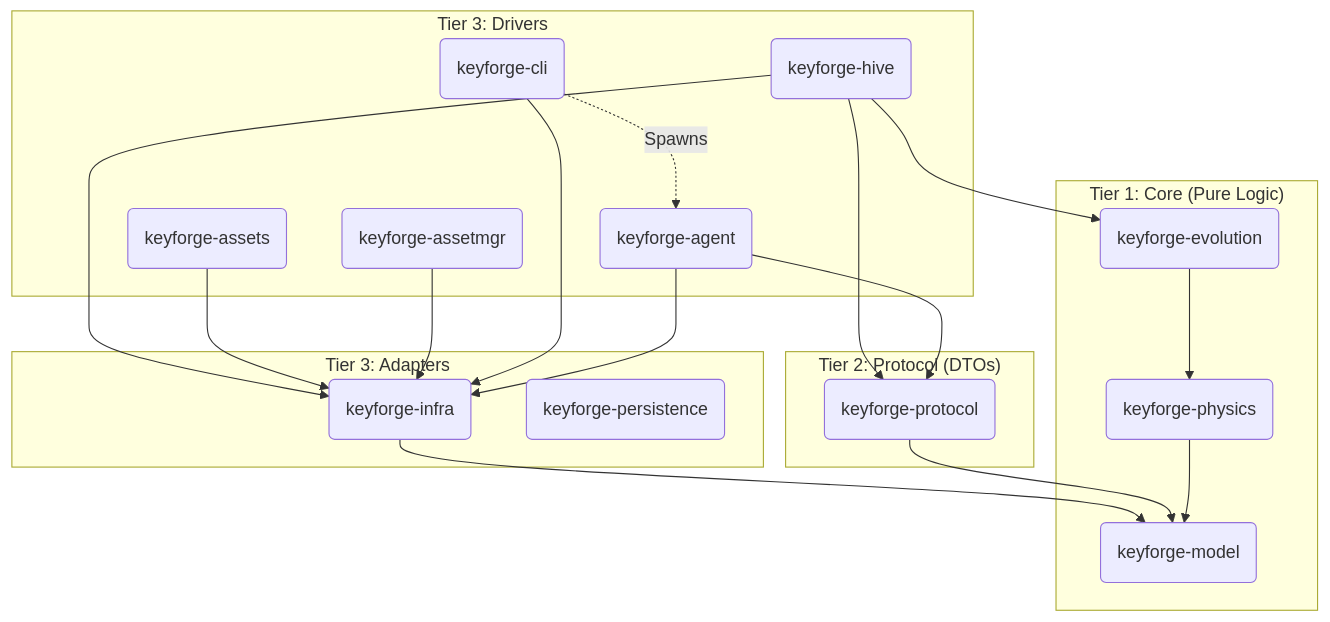
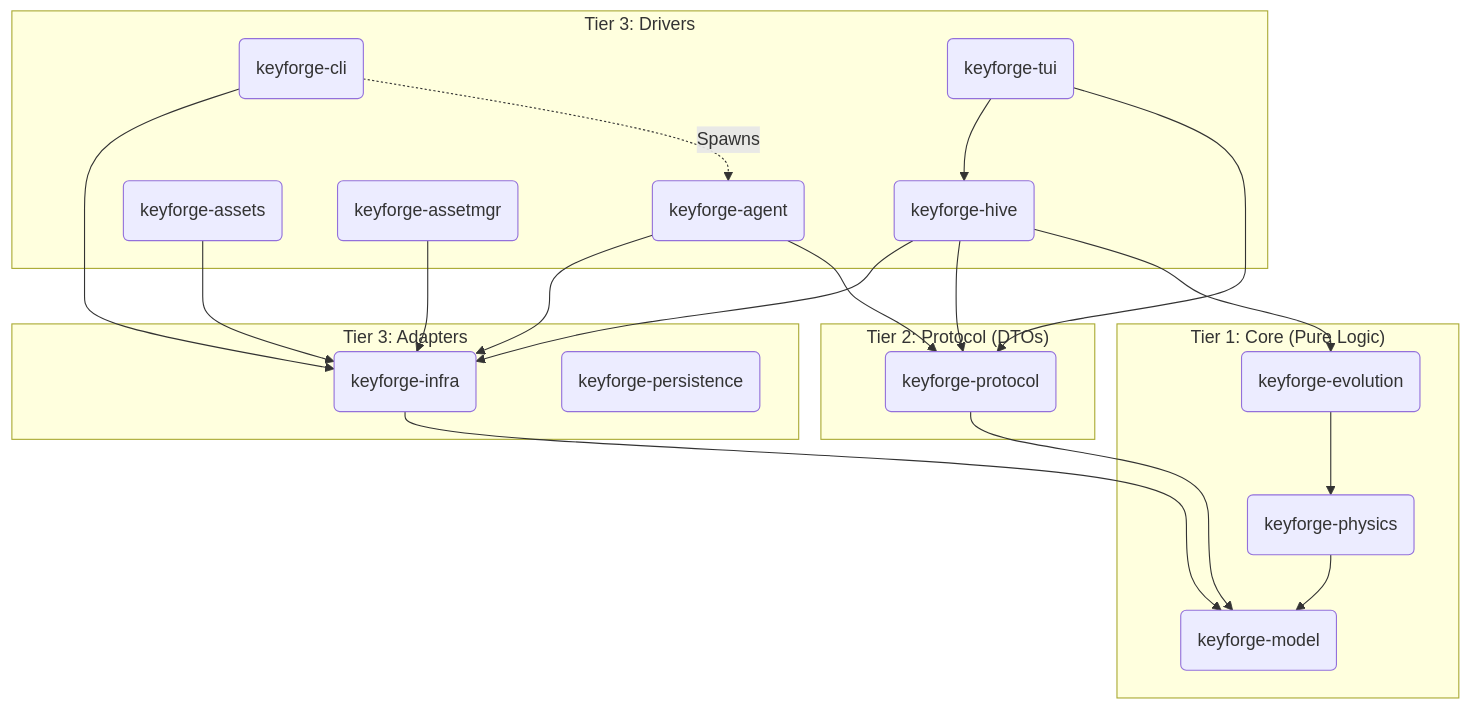
One commit to infodungeon/keyforge changed the first of 2 diagrams in docs/architecture/03_SYSTEM_CONTEXT.md. Above: the diagram before and after it, drawn with Mermaid. The commit also changed 227 other files, not shown here.

````diff
--- a/docs/architecture/03_SYSTEM_CONTEXT.md
+++ b/docs/architecture/03_SYSTEM_CONTEXT.md
@@ -54,44 +54,47 @@
 ```mermaid
 graph TD
     subgraph "Tier 3: Drivers"
         Hive("keyforge-hive")
         Assets("keyforge-assets")
         AssetMgr("keyforge-assetmgr")
         CLI("keyforge-cli")
         Agent("keyforge-agent")
+        TUI("keyforge-tui")
     end
 
     subgraph "Tier 3: Adapters"
         Infra("keyforge-infra")
         Repo("keyforge-persistence")
     end
 
     subgraph "Tier 2: Protocol (DTOs)"
         Proto("keyforge-protocol")
     end
 
     subgraph "Tier 1: Core (Pure Logic)"
         Evo("keyforge-evolution")
         Phys("keyforge-physics")
         Model("keyforge-model")
     end
 
     %% Wiring
     Hive --> Infra
     Hive --> Proto
     Hive --> Evo
     
     Assets --> Infra
     AssetMgr --> Infra
     
     CLI --> Infra
     CLI -.->|Spawns| Agent
 
     Infra --> Model
     Proto --> Model
     
     Evo --> Phys
     Phys --> Model
     Agent --> Infra
     Agent --> Proto
+    TUI --> Hive
+    TUI --> Proto
 ```
````
